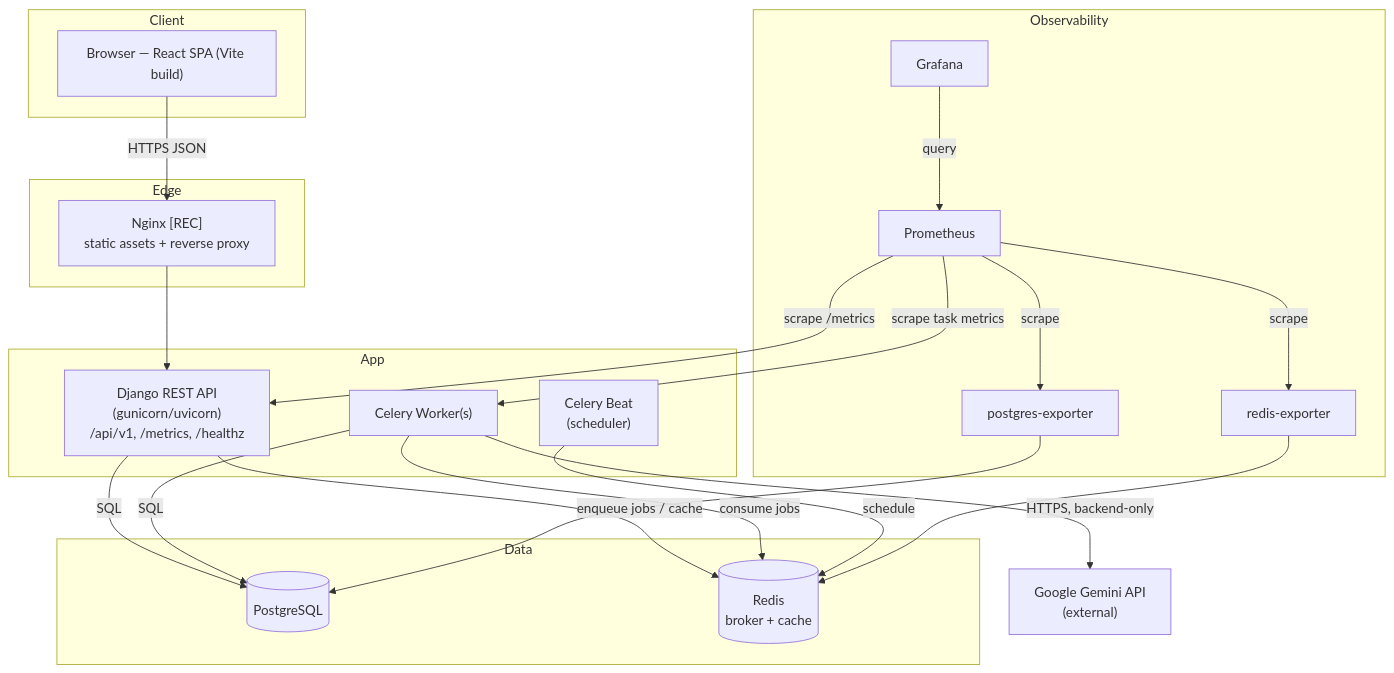
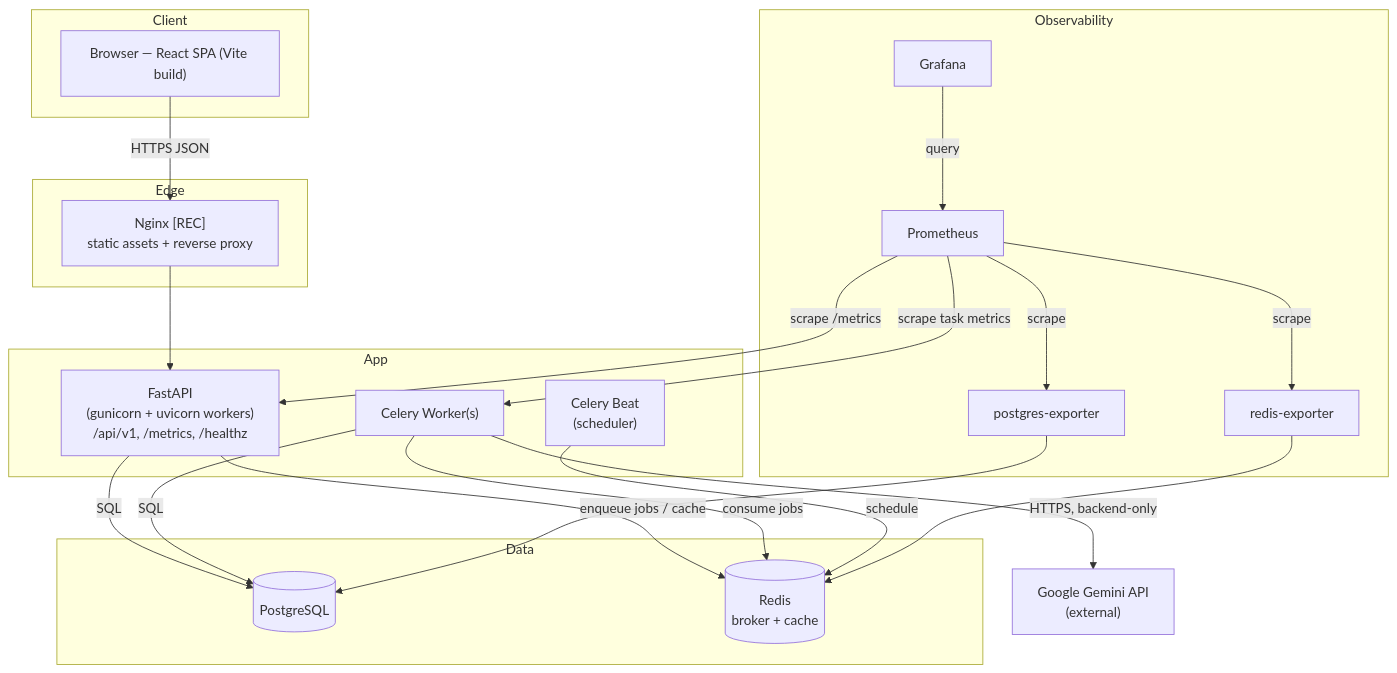
The first of 8 diagrams in docs/03-system-architecture.md (Dhananjay-Vaidya/Design-Forge), drawn with Mermaid before and after one commit. The commit also changed other lines of this file and 200 other files, not shown here.

````diff
--- a/docs/03-system-architecture.md
+++ b/docs/03-system-architecture.md
@@ -24,38 +24,38 @@
 ```mermaid
 flowchart TB
     subgraph Client
         B["Browser — React SPA (Vite build)"]
     end
     subgraph Edge
         NX["Nginx [REC]<br/>static assets + reverse proxy"]
     end
     subgraph App
-        API["Django REST API<br/>(gunicorn/uvicorn)<br/>/api/v1, /metrics, /healthz"]
+        API["FastAPI<br/>(gunicorn + uvicorn workers)<br/>/api/v1, /metrics, /healthz"]
         WK["Celery Worker(s)"]
         BEAT["Celery Beat<br/>(scheduler)"]
     end
     subgraph Data
         PG[("PostgreSQL")]
         RD[("Redis<br/>broker + cache")]
     end
     subgraph Observability
         PR["Prometheus"]
         GF["Grafana"]
         PGX["postgres-exporter"]
         RDX["redis-exporter"]
     end
     EXT["Google Gemini API<br/>(external)"]
 
     B -->|HTTPS JSON| NX --> API
     API -->|SQL| PG
     API -->|enqueue jobs / cache| RD
     WK -->|consume jobs| RD
     BEAT -->|schedule| RD
     WK -->|SQL| PG
     WK -->|HTTPS, backend-only| EXT
     PR -->|scrape /metrics| API
     PR -->|scrape| PGX --> PG
     PR -->|scrape| RDX --> RD
     PR -->|scrape task metrics| WK
     GF -->|query| PR
 ```
````
